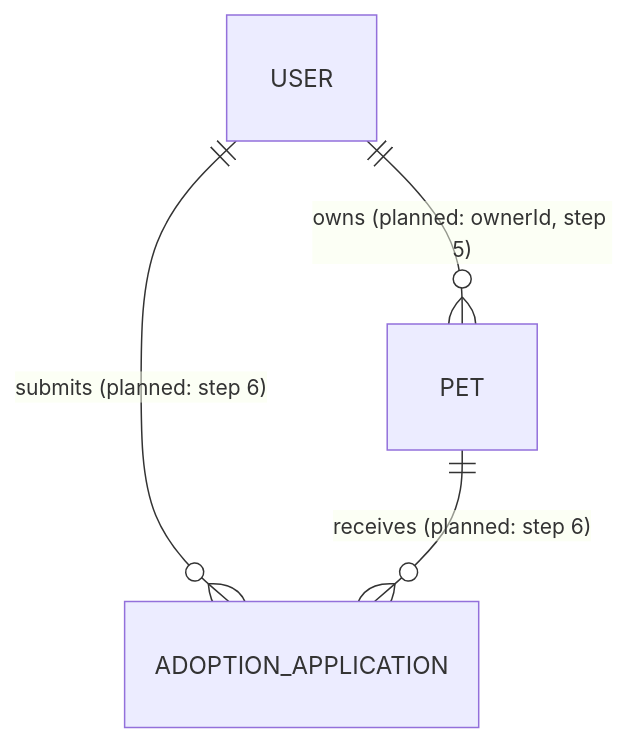
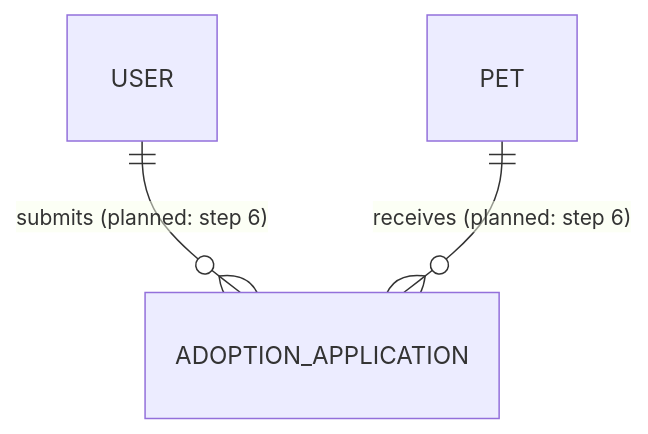
One commit to BojanSovtic/pet-adoption-system changed the seventh of 7 diagrams in docs/architecture.md. Above: the diagram before and after it, drawn with Mermaid. The commit also changed other lines of this file and 23 other files, not shown here.

````diff
--- a/docs/architecture.md
+++ b/docs/architecture.md
@@ -216,6 +231,5 @@
 ```mermaid
 erDiagram
-  USER ||--o{ PET : "owns (planned: ownerId, step 5)"
   USER ||--o{ ADOPTION_APPLICATION : "submits (planned: step 6)"
   PET ||--o{ ADOPTION_APPLICATION : "receives (planned: step 6)"
 ```
````
